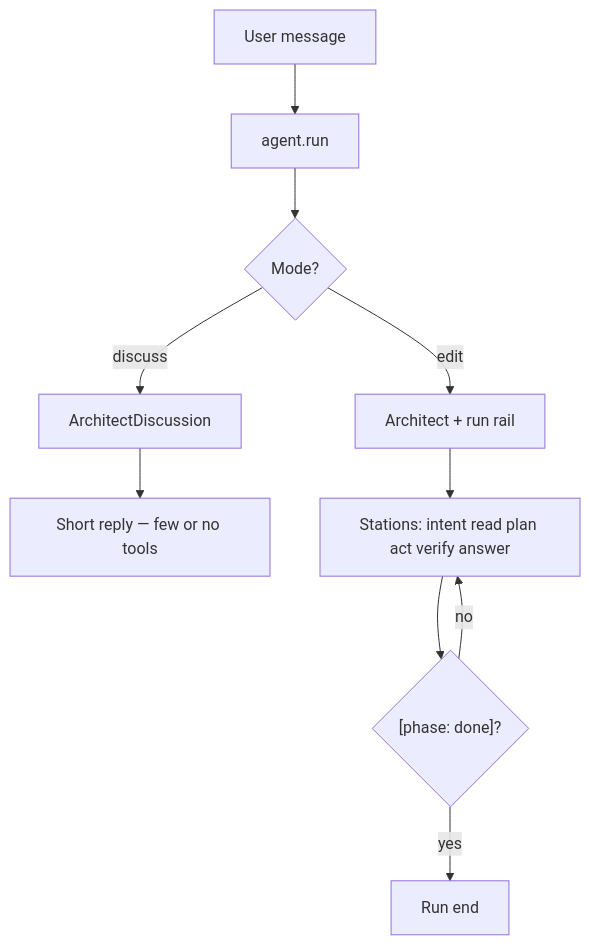
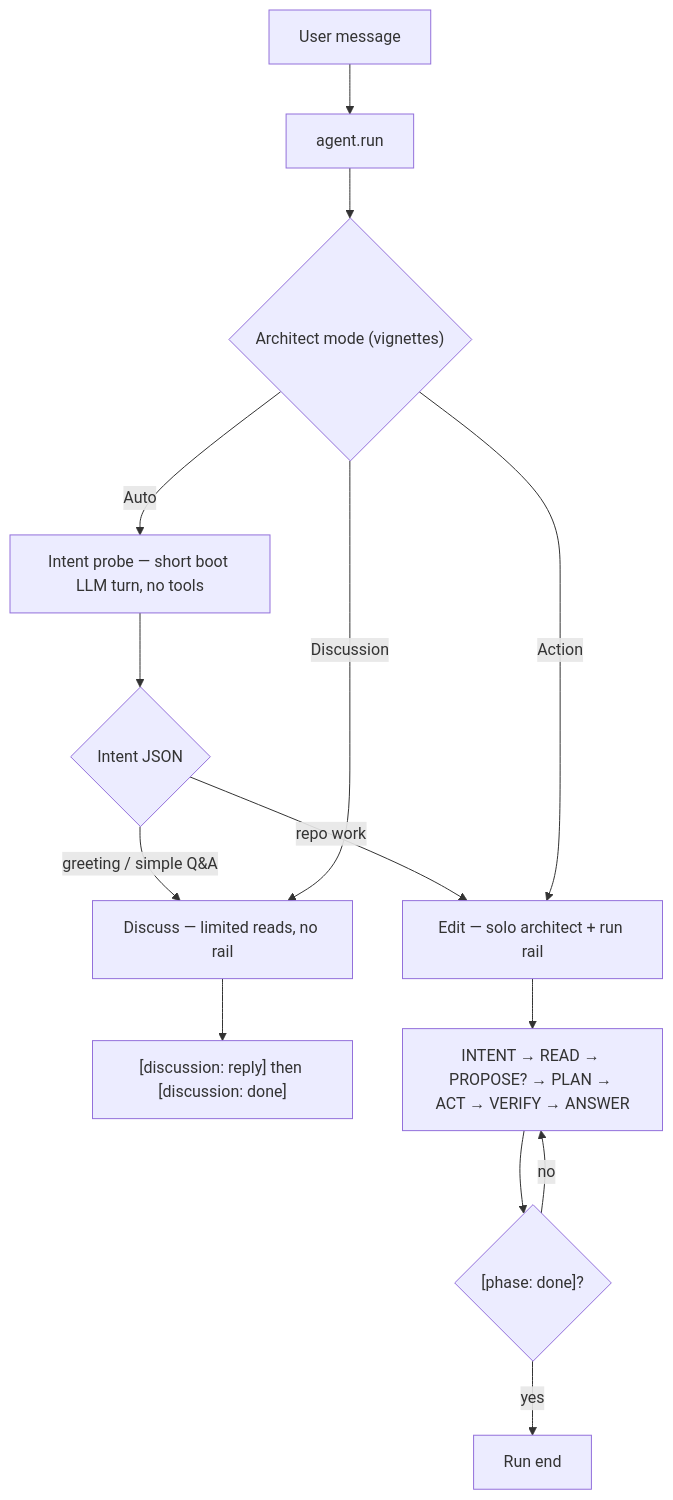
One commit to DroxKiwi/Drox---IDE---OR changed diagram 11 of 13 in README.md. Above: the diagram before and after it, drawn with Mermaid. The commit also changed other lines of this file, not shown here.

Commit message:
Docs: schémas et prose alignés sur le moteur 1.4.1 (rail, intent probe, tool folders).

````diff
--- a/README.md
+++ b/README.md
@@ -369,14 +383,18 @@
 ```mermaid
 flowchart TD
   MSG["User message"] --> RUN["agent.run"]
-  RUN --> MODE{"Mode?"}
-  MODE -->|discuss| DISC["ArchitectDiscussion"]
-  MODE -->|edit| EDIT["Architect + run rail"]
+  RUN --> MODE{"Architect mode (vignettes)"}
+  MODE -->|Auto| PROBE["Intent probe — short boot LLM turn, no tools"]
+  PROBE --> ROUTE{Intent JSON}
+  ROUTE -->|greeting / simple Q&A| DISC
+  ROUTE -->|repo work| EDIT
+  MODE -->|Discussion| DISC["Discuss — limited reads, no rail"]
+  MODE -->|Action| EDIT["Edit — solo architect + run rail"]
 
-  DISC --> DOUT["Short reply — few or no tools"]
+  DISC --> DOUT["[discussion: reply] then [discussion: done]"]
 
-  EDIT --> RAIL["Stations: intent read plan act verify answer"]
+  EDIT --> RAIL["INTENT → READ → PROPOSE? → PLAN → ACT → VERIFY → ANSWER"]
   RAIL --> DONE{"[phase: done]?"}
   DONE -->|yes| END["Run end"]
   DONE -->|no| RAIL
 ```
````
